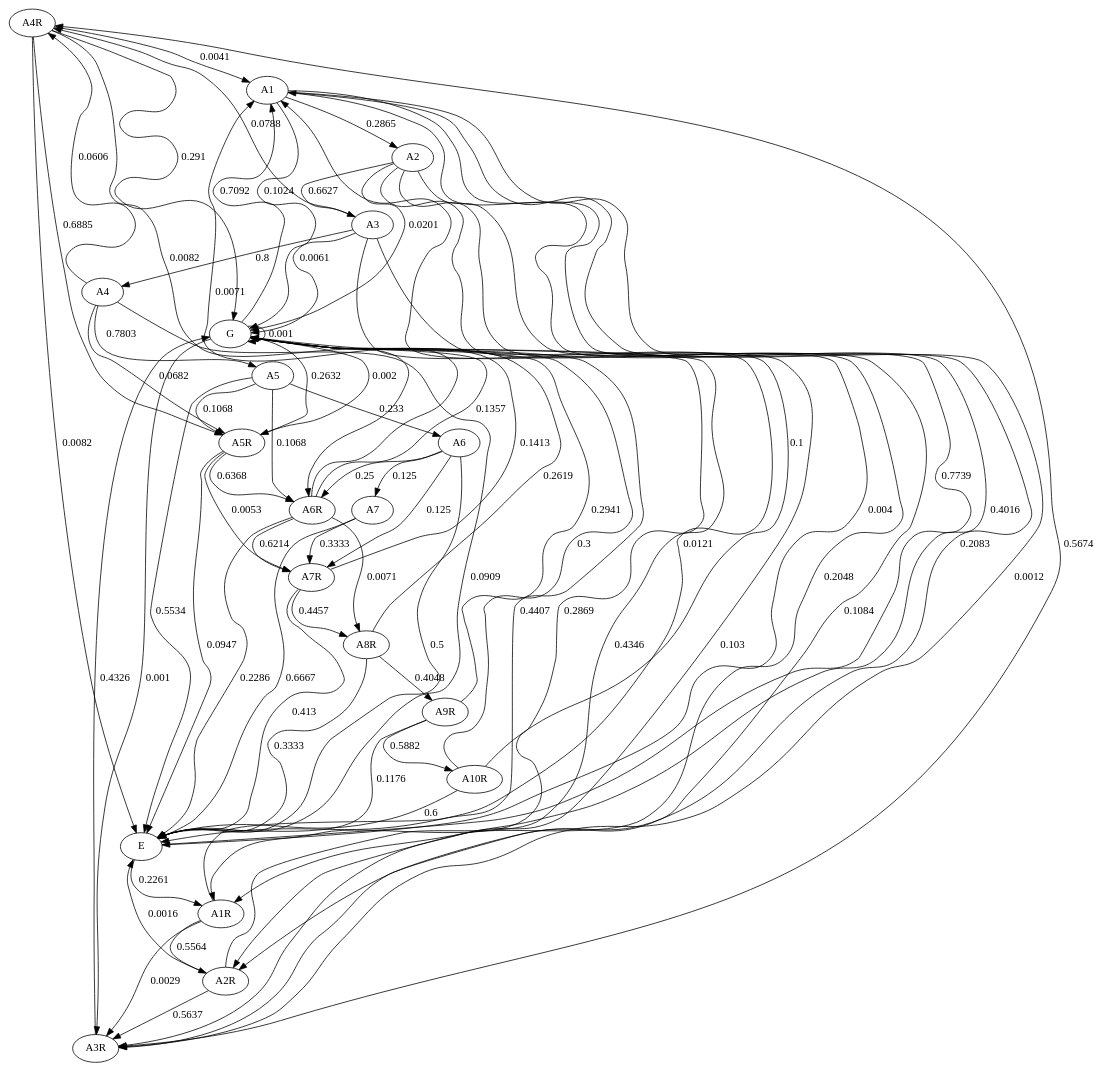
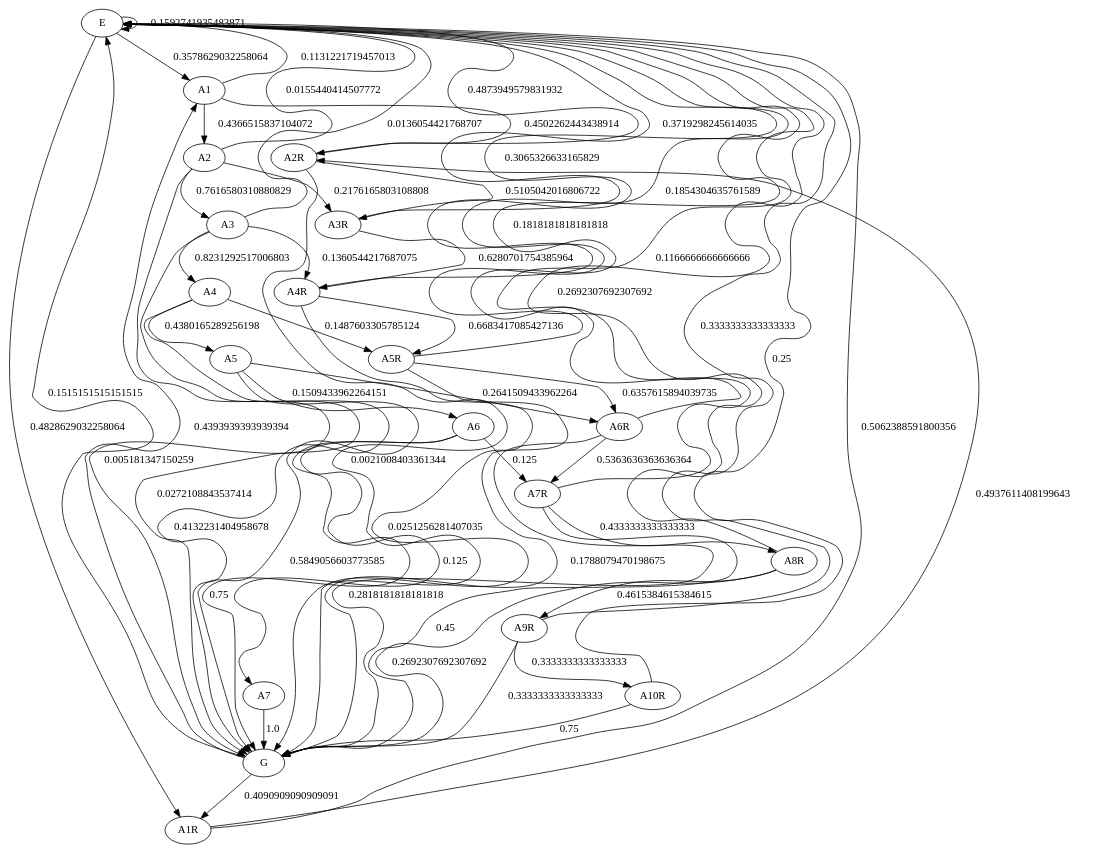
The diagram in graph/markov.dot (JulianaFerreira/educacao), drawn with Graphviz before and after one commit. The commit also changed 4 other files, not shown here.

```diff
--- a/graph/markov.dot
+++ b/graph/markov.dot
@@ -1,91 +1,75 @@
 digraph  {
-A4R;
+E;
 A1;
-A6R;
-A10R;
 G;
-E;
 A2;
 A3;
 A4;
 A5;
 A6;
 A7;
 A1R;
 A2R;
 A3R;
+A4R;
 A5R;
+A6R;
 A7R;
 A8R;
 A9R;
-A4R -> A1  [key=0, label="0.0041", weight="0.0041"];
-A4R -> A5R  [key=0, label="0.6885", weight="0.6885"];
-A4R -> A6R  [key=0, label="0.0082", weight="0.0082"];
-A4R -> G  [key=0, label="0.291", weight="0.291"];
-A4R -> E  [key=0, label="0.0082", weight="0.0082"];
-A1 -> A2  [key=0, label="0.2865", weight="0.2865"];
-A1 -> A1R  [key=0, label="0.4016", weight="0.4016"];
-A1 -> A2R  [key=0, label="0.2083", weight="0.2083"];
-A1 -> A3R  [key=0, label="0.0012", weight="0.0012"];
-A1 -> G  [key=0, label="0.1024", weight="0.1024"];
-A6R -> A1  [key=0, label="0.0071", weight="0.0071"];
-A6R -> A7R  [key=0, label="0.6214", weight="0.6214"];
-A6R -> A8R  [key=0, label="0.0071", weight="0.0071"];
-A6R -> G  [key=0, label="0.1357", weight="0.1357"];
-A6R -> E  [key=0, label="0.2286", weight="0.2286"];
-A10R -> A1  [key=0, label="0.1", weight="0.1"];
-A10R -> G  [key=0, label="0.3", weight="0.3"];
-A10R -> E  [key=0, label="0.6", weight="0.6"];
-G -> A1  [key=0, label="0.7092", weight="0.7092"];
-G -> A1R  [key=0, label="0.2869", weight="0.2869"];
-G -> A3R  [key=0, label="0.001", weight="0.001"];
-G -> A5R  [key=0, label="0.002", weight="0.002"];
-G -> G  [key=0, label="0.001", weight="0.001"];
-E -> A1  [key=0, label="0.7739", weight="0.7739"];
-E -> A1R  [key=0, label="0.2261", weight="0.2261"];
-A2 -> A3  [key=0, label="0.6627", weight="0.6627"];
-A2 -> A2R  [key=0, label="0.2048", weight="0.2048"];
-A2 -> A3R  [key=0, label="0.1084", weight="0.1084"];
-A2 -> G  [key=0, label="0.0201", weight="0.0201"];
-A2 -> E  [key=0, label="0.004", weight="0.004"];
-A3 -> A4  [key=0, label="0.8", weight="0.8"];
-A3 -> A3R  [key=0, label="0.103", weight="0.103"];
-A3 -> A4R  [key=0, label="0.0788", weight="0.0788"];
-A3 -> G  [key=0, label="0.0061", weight="0.0061"];
-A3 -> E  [key=0, label="0.0121", weight="0.0121"];
-A4 -> A5  [key=0, label="0.7803", weight="0.7803"];
-A4 -> A4R  [key=0, label="0.0606", weight="0.0606"];
-A4 -> A5R  [key=0, label="0.0682", weight="0.0682"];
-A4 -> E  [key=0, label="0.0909", weight="0.0909"];
-A5 -> A6  [key=0, label="0.233", weight="0.233"];
-A5 -> A5R  [key=0, label="0.1068", weight="0.1068"];
-A5 -> A6R  [key=0, label="0.1068", weight="0.1068"];
-A5 -> E  [key=0, label="0.5534", weight="0.5534"];
+A10R;
+E -> A1  [key=0, label="0.3578629032258064", weight="0.3578629032258064"];
+E -> A1R  [key=0, label="0.4828629032258064", weight="0.4828629032258064"];
+E -> E  [key=0, label="0.1592741935483871", weight="0.1592741935483871"];
+A1 -> A2  [key=0, label="0.4366515837104072", weight="0.4366515837104072"];
+A1 -> A2R  [key=0, label="0.4502262443438914", weight="0.4502262443438914"];
+A1 -> E  [key=0, label="0.1131221719457013", weight="0.1131221719457013"];
+G -> A1  [key=0, label="0.4393939393939394", weight="0.4393939393939394"];
+G -> A1R  [key=0, label="0.4090909090909091", weight="0.4090909090909091"];
+G -> E  [key=0, label="0.1515151515151515", weight="0.1515151515151515"];
+A2 -> A3  [key=0, label="0.7616580310880829", weight="0.7616580310880829"];
+A2 -> A3R  [key=0, label="0.2176165803108808", weight="0.2176165803108808"];
+A2 -> E  [key=0, label="0.0155440414507772", weight="0.0155440414507772"];
+A2 -> G  [key=0, label="0.005181347150259", weight="0.005181347150259"];
+A3 -> A4  [key=0, label="0.8231292517006803", weight="0.8231292517006803"];
+A3 -> A4R  [key=0, label="0.1360544217687075", weight="0.1360544217687075"];
+A3 -> E  [key=0, label="0.0136054421768707", weight="0.0136054421768707"];
+A3 -> G  [key=0, label="0.0272108843537414", weight="0.0272108843537414"];
+A4 -> A5  [key=0, label="0.4380165289256198", weight="0.4380165289256198"];
+A4 -> A5R  [key=0, label="0.1487603305785124", weight="0.1487603305785124"];
+A4 -> G  [key=0, label="0.4132231404958678", weight="0.4132231404958678"];
+A5 -> A6  [key=0, label="0.1509433962264151", weight="0.1509433962264151"];
+A5 -> A6R  [key=0, label="0.2641509433962264", weight="0.2641509433962264"];
+A5 -> G  [key=0, label="0.5849056603773585", weight="0.5849056603773585"];
 A6 -> A7  [key=0, label="0.125", weight="0.125"];
-A6 -> A6R  [key=0, label="0.25", weight="0.25"];
 A6 -> A7R  [key=0, label="0.125", weight="0.125"];
-A6 -> E  [key=0, label="0.5", weight="0.5"];
-A7 -> A7R  [key=0, label="0.3333", weight="0.3333"];
-A7 -> E  [key=0, label="0.6667", weight="0.6667"];
-A1R -> A2R  [key=0, label="0.5564", weight="0.5564"];
-A1R -> A3R  [key=0, label="0.0029", weight="0.0029"];
-A1R -> G  [key=0, label="0.4407", weight="0.4407"];
-A2R -> A3R  [key=0, label="0.5637", weight="0.5637"];
-A2R -> G  [key=0, label="0.4346", weight="0.4346"];
-A2R -> E  [key=0, label="0.0016", weight="0.0016"];
-A3R -> A4R  [key=0, label="0.5674", weight="0.5674"];
-A3R -> G  [key=0, label="0.4326", weight="0.4326"];
-A5R -> A6R  [key=0, label="0.6368", weight="0.6368"];
-A5R -> A7R  [key=0, label="0.0053", weight="0.0053"];
-A5R -> G  [key=0, label="0.2632", weight="0.2632"];
-A5R -> E  [key=0, label="0.0947", weight="0.0947"];
-A7R -> A8R  [key=0, label="0.4457", weight="0.4457"];
-A7R -> G  [key=0, label="0.1413", weight="0.1413"];
-A7R -> E  [key=0, label="0.413", weight="0.413"];
-A8R -> A9R  [key=0, label="0.4048", weight="0.4048"];
-A8R -> G  [key=0, label="0.2619", weight="0.2619"];
-A8R -> E  [key=0, label="0.3333", weight="0.3333"];
-A9R -> A10R  [key=0, label="0.5882", weight="0.5882"];
-A9R -> G  [key=0, label="0.2941", weight="0.2941"];
-A9R -> E  [key=0, label="0.1176", weight="0.1176"];
+A6 -> G  [key=0, label="0.75", weight="0.75"];
+A7 -> G  [key=0, label="1.0", weight="1.0"];
+A1R -> A2R  [key=0, label="0.4937611408199643", weight="0.4937611408199643"];
+A1R -> E  [key=0, label="0.5062388591800356", weight="0.5062388591800356"];
+A2R -> A3R  [key=0, label="0.5105042016806722", weight="0.5105042016806722"];
+A2R -> E  [key=0, label="0.4873949579831932", weight="0.4873949579831932"];
+A2R -> G  [key=0, label="0.0021008403361344", weight="0.0021008403361344"];
+A3R -> A4R  [key=0, label="0.6280701754385964", weight="0.6280701754385964"];
+A3R -> E  [key=0, label="0.3719298245614035", weight="0.3719298245614035"];
+A4R -> A5R  [key=0, label="0.6683417085427136", weight="0.6683417085427136"];
+A4R -> E  [key=0, label="0.3065326633165829", weight="0.3065326633165829"];
+A4R -> G  [key=0, label="0.0251256281407035", weight="0.0251256281407035"];
+A5R -> A6R  [key=0, label="0.6357615894039735", weight="0.6357615894039735"];
+A5R -> E  [key=0, label="0.1854304635761589", weight="0.1854304635761589"];
+A5R -> G  [key=0, label="0.1788079470198675", weight="0.1788079470198675"];
+A6R -> A7R  [key=0, label="0.5363636363636364", weight="0.5363636363636364"];
+A6R -> E  [key=0, label="0.1818181818181818", weight="0.1818181818181818"];
+A6R -> G  [key=0, label="0.2818181818181818", weight="0.2818181818181818"];
+A7R -> A8R  [key=0, label="0.4333333333333333", weight="0.4333333333333333"];
+A7R -> E  [key=0, label="0.1166666666666666", weight="0.1166666666666666"];
+A7R -> G  [key=0, label="0.45", weight="0.45"];
+A8R -> A9R  [key=0, label="0.4615384615384615", weight="0.4615384615384615"];
+A8R -> E  [key=0, label="0.2692307692307692", weight="0.2692307692307692"];
+A8R -> G  [key=0, label="0.2692307692307692", weight="0.2692307692307692"];
+A9R -> A10R  [key=0, label="0.3333333333333333", weight="0.3333333333333333"];
+A9R -> E  [key=0, label="0.3333333333333333", weight="0.3333333333333333"];
+A9R -> G  [key=0, label="0.3333333333333333", weight="0.3333333333333333"];
+A10R -> E  [key=0, label="0.25", weight="0.25"];
+A10R -> G  [key=0, label="0.75", weight="0.75"];
 }
```
